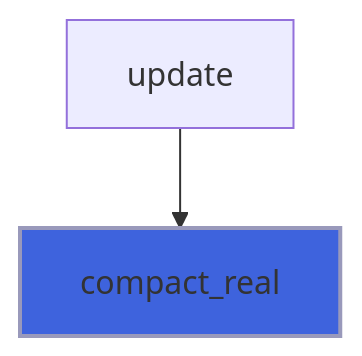
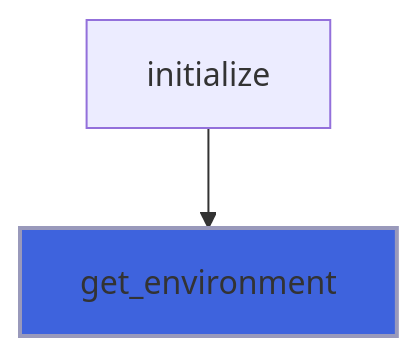
Before and after one commit to szaghi/forbear: diagram 15 of 18 in docs/api/src/lib/forbear_bar_object.md, drawn with Mermaid. The commit also changed other lines of this file and 101 other files, not shown here.

````diff
--- a/docs/api/src/lib/forbear_bar_object.md
+++ b/docs/api/src/lib/forbear_bar_object.md
@@ -311,5 +561,5 @@
 ```mermaid
 flowchart TD
-  update["update"] --> compact_real["compact_real"]
-  style compact_real fill:#3e63dd,stroke:#99b,stroke-width:2px
+  initialize["initialize"] --> get_environment["get_environment"]
+  style get_environment fill:#3e63dd,stroke:#99b,stroke-width:2px
 ```
````
